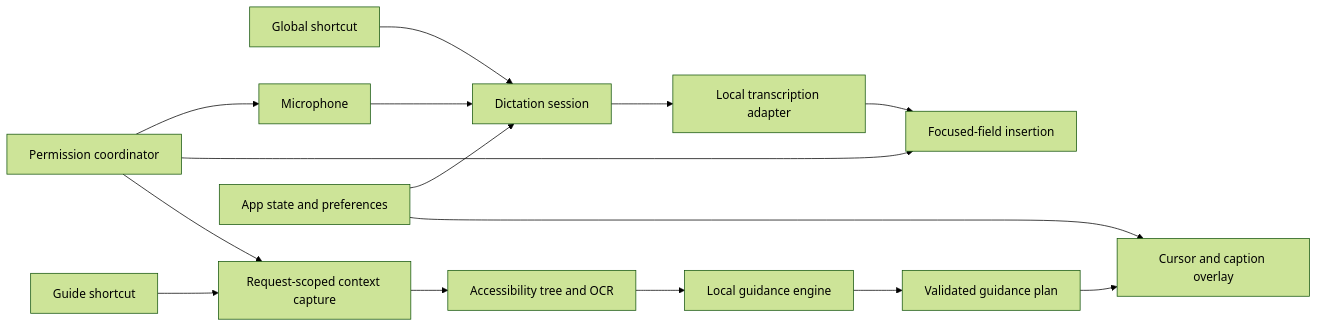
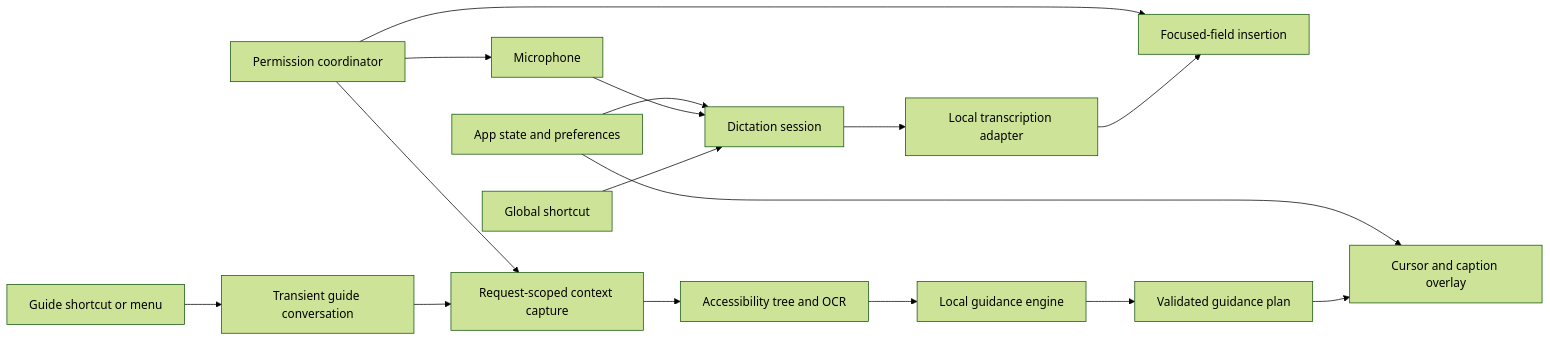
The diagram in ARCHITECTURE.md (serpcompany/serpy-clicky-mac-app), drawn with Mermaid (forest theme) before and after one commit. The commit also changed other lines of this file and 17 other files, not shown here.

````diff
--- a/ARCHITECTURE.md
+++ b/ARCHITECTURE.md
@@ -15,19 +15,20 @@
 ```mermaid
 flowchart LR
     H["Global shortcut"] --> D["Dictation session"]
     M["Microphone"] --> D
     D --> STT["Local transcription adapter"]
     STT --> I["Focused-field insertion"]
 
-    G["Guide shortcut"] --> C["Request-scoped context capture"]
+    G["Guide shortcut or menu"] --> T["Transient guide conversation"]
+    T --> C["Request-scoped context capture"]
     C --> X["Accessibility tree and OCR"]
     X --> A["Local guidance engine"]
     A --> P["Validated guidance plan"]
     P --> O["Cursor and caption overlay"]
 
     PM["Permission coordinator"] --> M
     PM --> I
     PM --> C
     S["App state and preferences"] --> D
     S --> O
 ```
````
